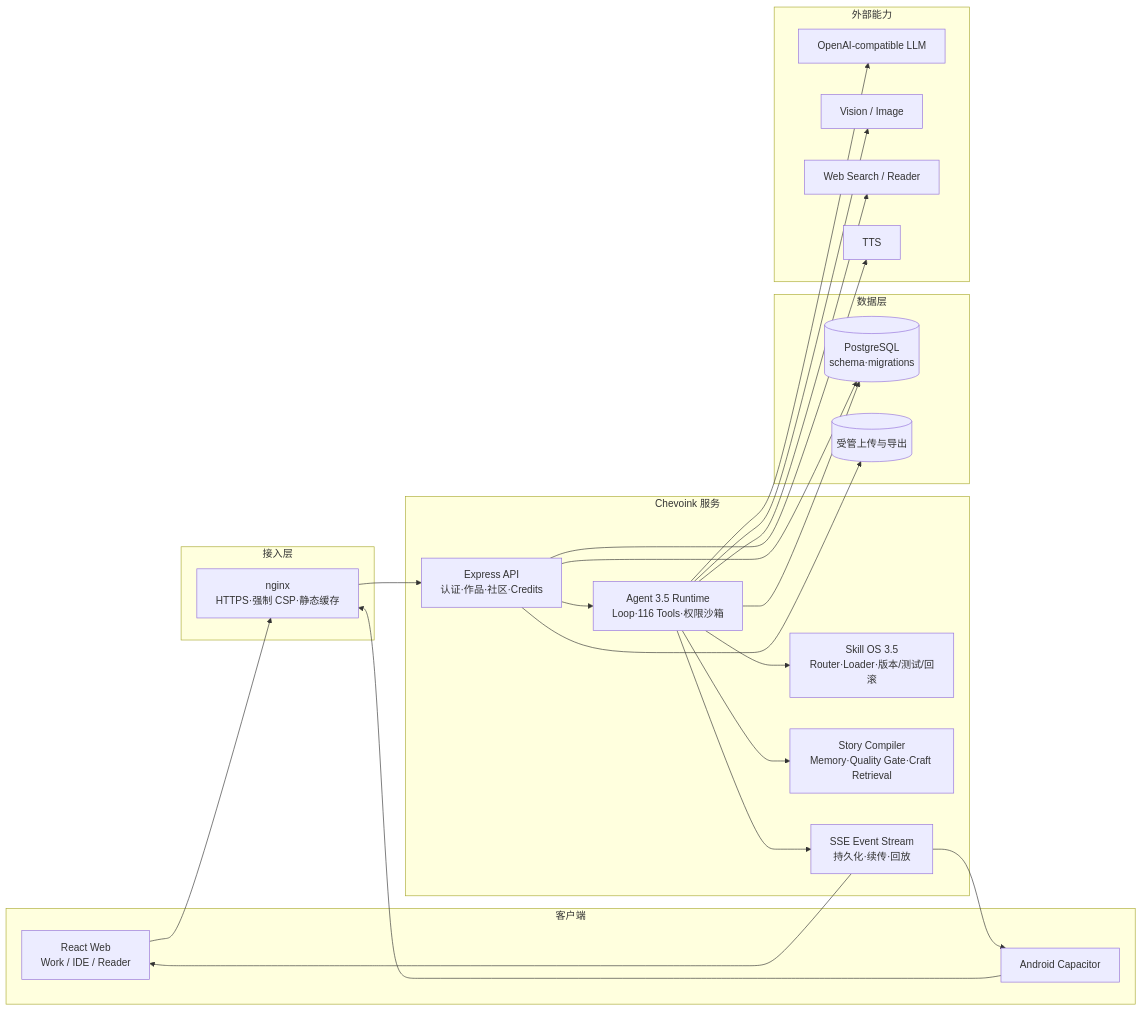
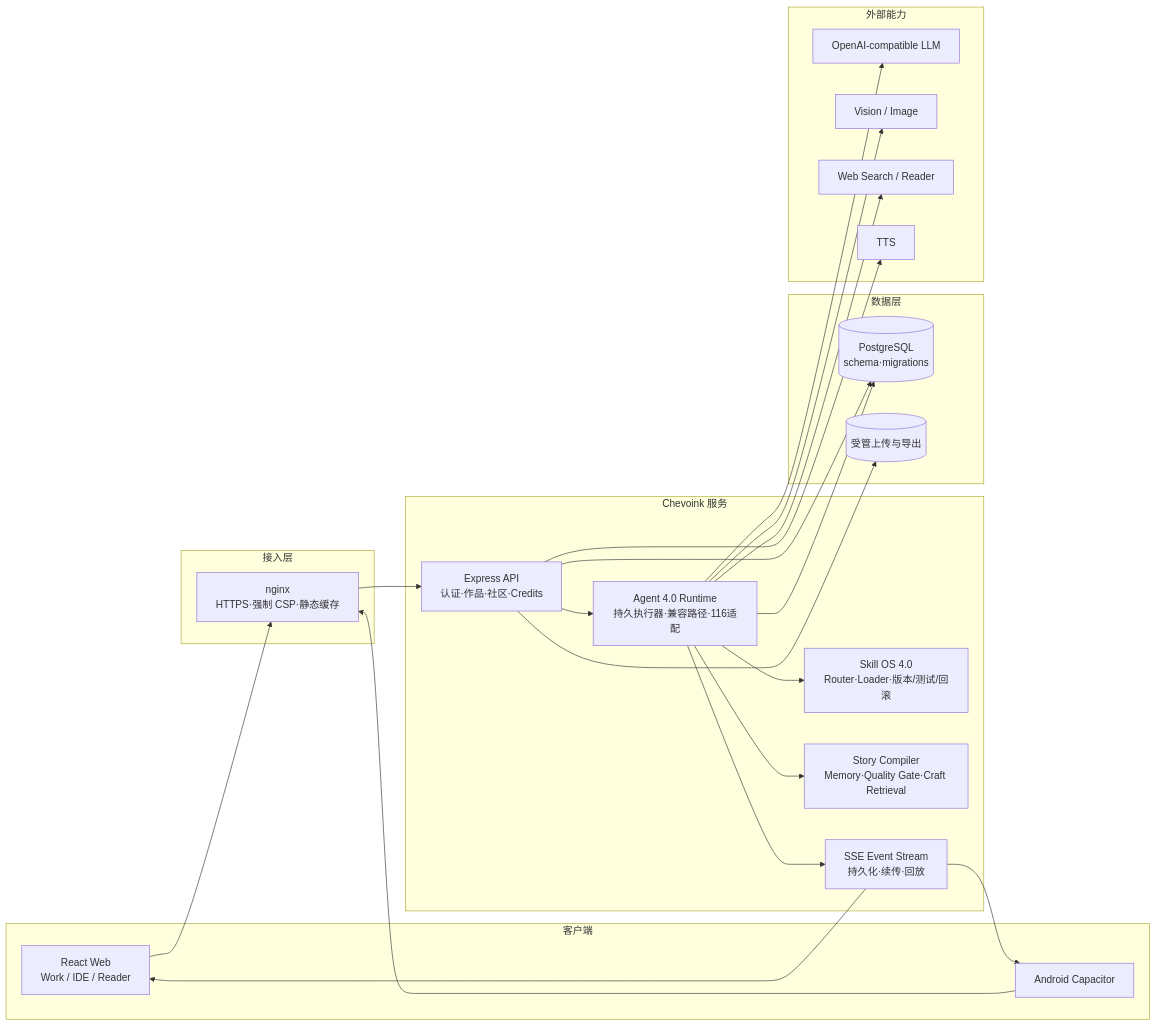
Before and after one commit to zqf20096327/dbhub_collect: the second of 2 diagrams in data/readmes/Xcy8010__Chevoink.md, drawn with Mermaid. The commit also changed other lines of this file and 523 other files, not shown here.

````diff
--- a/data/readmes/Xcy8010__Chevoink.md
+++ b/data/readmes/Xcy8010__Chevoink.md
@@ -110,43 +104,43 @@
 ```mermaid
 flowchart LR
   subgraph Client[客户端]
     WEB[React Web<br/>Work / IDE / Reader]
     APP[Android Capacitor]
   end
   subgraph Edge[接入层]
     NGINX[nginx<br/>HTTPS·强制 CSP·静态缓存]
   end
   subgraph Service[Chevoink 服务]
     API[Express API<br/>认证·作品·社区·Credits]
-    LOOP[Agent 3.5 Runtime<br/>Loop·116 Tools·权限沙箱]
-    SKILL[Skill OS 3.5<br/>Router·Loader·版本/测试/回滚]
+    LOOP[Agent 4.0 Runtime<br/>持久执行器·兼容路径·116适配]
+    SKILL[Skill OS 4.0<br/>Router·Loader·版本/测试/回滚]
     STORY[Story Compiler<br/>Memory·Quality Gate·Craft Retrieval]
     SSE[SSE Event Stream<br/>持久化·续传·回放]
   end
   subgraph Data[数据层]
     PG[(PostgreSQL<br/>schema·migrations)]
     FILES[(受管上传与导出)]
   end
   subgraph Providers[外部能力]
     LLM[OpenAI-compatible LLM]
     VISION[Vision / Image]
     SEARCH[Web Search / Reader]
     TTS[TTS]
   end
   WEB --> NGINX
   APP --> NGINX
   NGINX --> API
   API --> LOOP
   LOOP --> SKILL
   LOOP --> STORY
   LOOP --> SSE
   API --> PG
   LOOP --> PG
   API --> FILES
   LOOP --> LLM
   LOOP --> VISION
   LOOP --> SEARCH
   API --> TTS
   SSE --> WEB
   SSE --> APP
 ```
````
